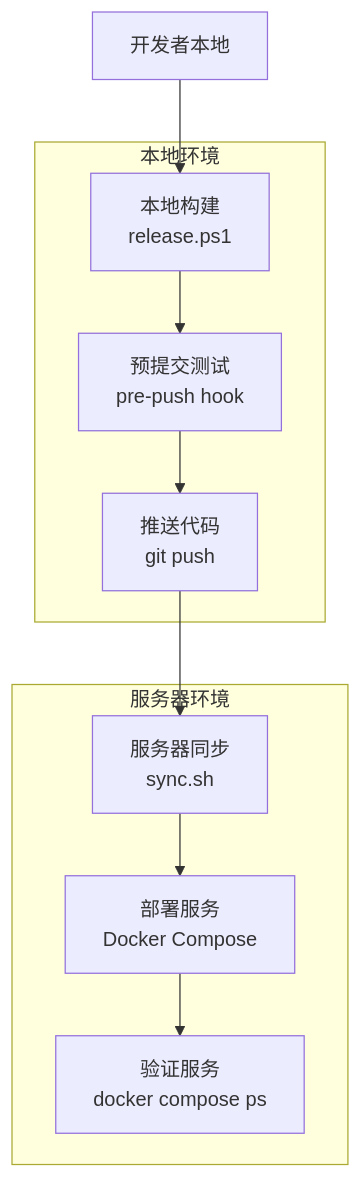
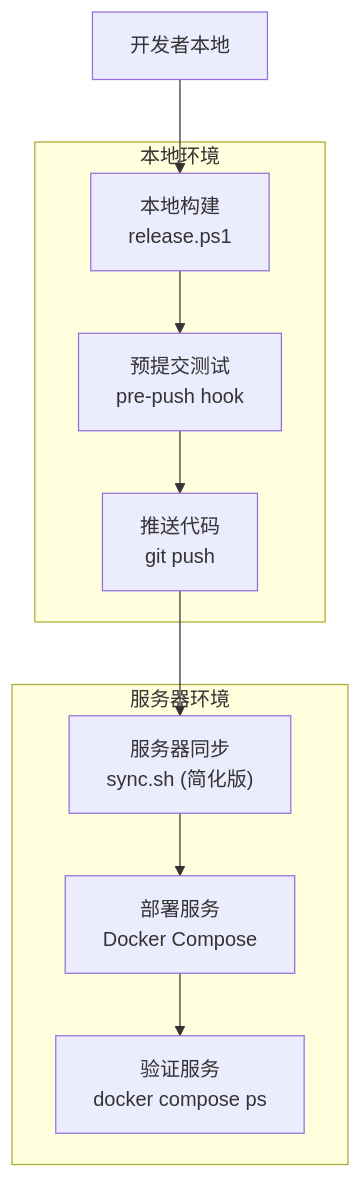
Before and after one commit to zyp-coder/Metadata: the third of 5 diagrams in .qoder/repowiki/zh/content/部署配置/生产环境部署.md, drawn with Mermaid. The commit also changed other lines of this file and 31 other files, not shown here.

````diff
--- a/.qoder/repowiki/zh/content/部署配置/生产环境部署.md
+++ b/.qoder/repowiki/zh/content/部署配置/生产环境部署.md
@@ -365,19 +371,19 @@
 ```mermaid
 flowchart TD
 Dev["开发者本地"] --> Build["本地构建<br/>release.ps1"]
 Build --> Test["预提交测试<br/>pre-push hook"]
 Test --> Push["推送代码<br/>git push"]
-Push --> Server["服务器同步<br/>sync.sh"]
+Push --> Server["服务器同步<br/>sync.sh (简化版)"]
 Server --> Deploy["部署服务<br/>Docker Compose"]
 Deploy --> Verify["验证服务<br/>docker compose ps"]
 subgraph "本地环境"
 Build
 Test
 Push
 end
 subgraph "服务器环境"
 Server
 Deploy
 Verify
 end
 ```
````
